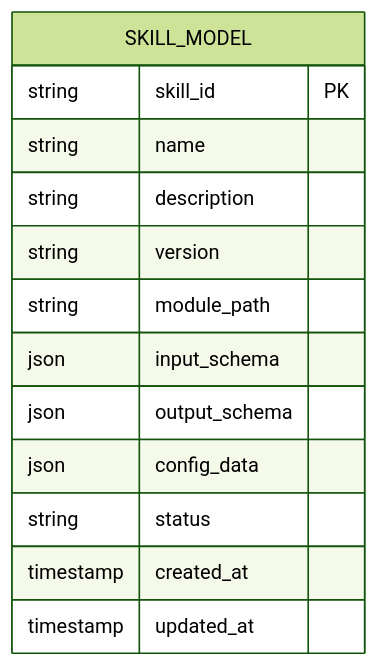
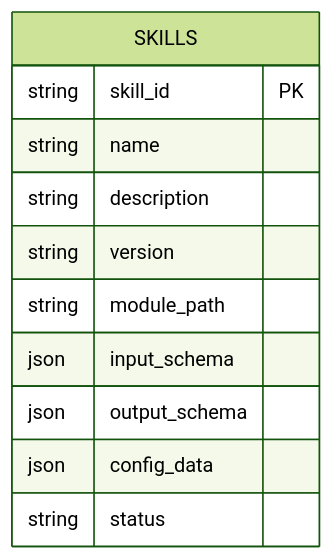
One commit to sansansansansan2022-web/hotclaw changed the fifth of 7 diagrams in .qoder/repowiki/zh/content/技能系统/内置技能实现/内置技能实现.md. Above: the diagram before and after it, drawn with Mermaid (forest theme). The commit also changed other lines of this file and 288 other files, not shown here.

````diff
--- a/.qoder/repowiki/zh/content/技能系统/内置技能实现/内置技能实现.md
+++ b/.qoder/repowiki/zh/content/技能系统/内置技能实现/内置技能实现.md
@@ -320,16 +211,14 @@
 ```mermaid
 erDiagram
-SKILL_MODEL {
+SKILLS {
 string skill_id PK
 string name
 string description
 string version
 string module_path
 json input_schema
 json output_schema
 json config_data
 string status
-timestamp created_at
-timestamp updated_at
 }
 ```
````
